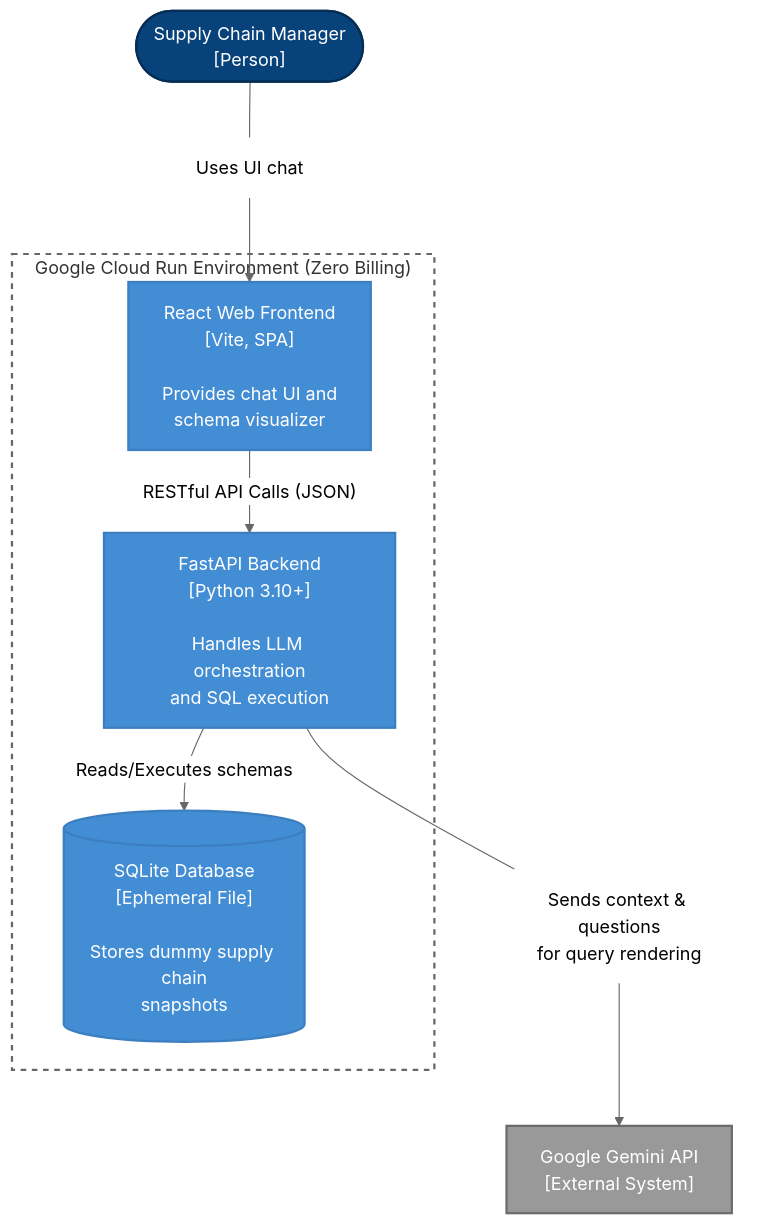
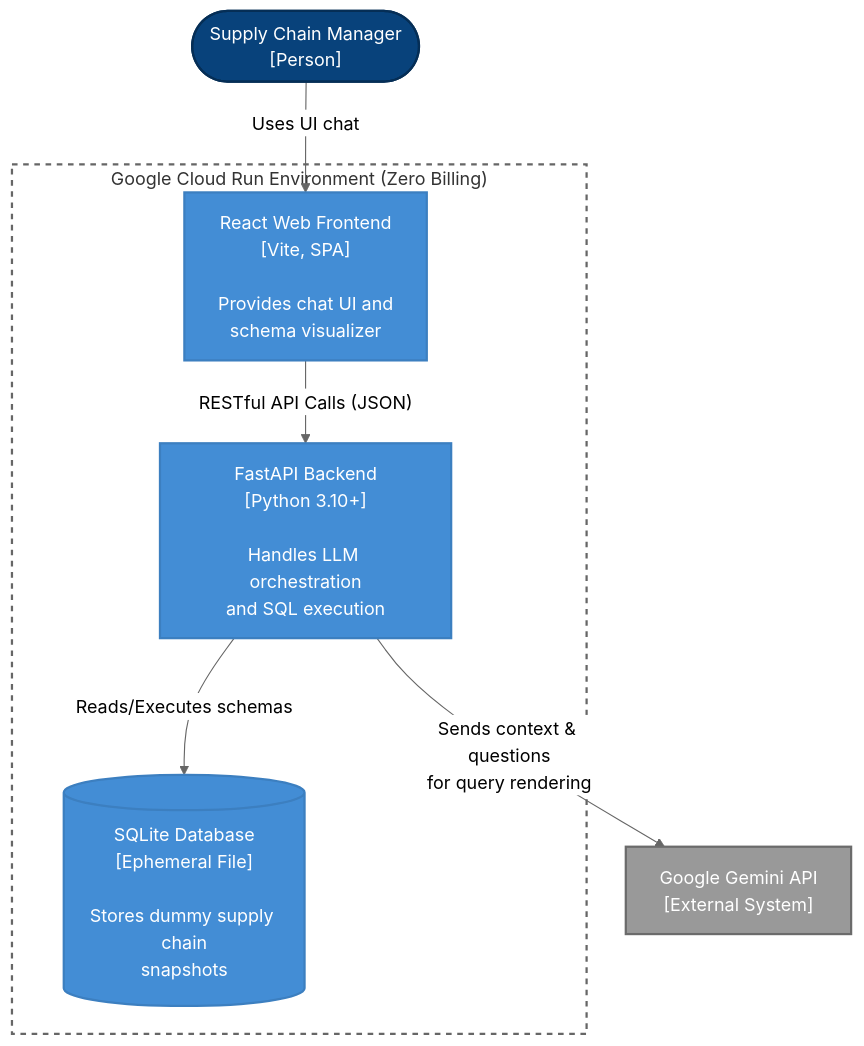
The second of 3 diagrams in docs/ARCHITECTURE.md (camirian/ad-supply-chain-platform), drawn with Mermaid (neutral theme) before and after one commit. The commit also changed other lines of this file, not shown here.

Commit message:
Fix Mermaid C4 diagram rendering

````diff
--- a/docs/ARCHITECTURE.md
+++ b/docs/ARCHITECTURE.md
@@ -28,26 +28,24 @@
 ```mermaid
 flowchart TD
     classDef person fill:#08427b,color:#fff,stroke:#052e56,stroke-width:2px
     classDef container fill:#438dd5,color:#fff,stroke:#3c7fc0,stroke-width:2px
     classDef ext_system fill:#999999,color:#fff,stroke:#6b6b6b,stroke-width:2px
     classDef db fill:#438dd5,color:#fff,stroke:#3c7fc0,stroke-width:2px
     classDef edgeLabel fill:none,stroke:none
 
     Manager(["Supply Chain Manager<br>[Person]"]):::person
     GeminiAPI["Google Gemini API<br>[External System]"]:::ext_system
 
     subgraph CloudRun ["Google Cloud Run Environment (Zero Billing)"]
         Frontend["React Web Frontend<br>[Vite, SPA]<br><br>Provides chat UI and<br>schema visualizer"]:::container
         Backend["FastAPI Backend<br>[Python 3.10+]<br><br>Handles LLM orchestration<br>and SQL execution"]:::container
         Database[("SQLite Database<br>[Ephemeral File]<br><br>Stores dummy supply chain<br>snapshots")]:::db
     end
 
-    Manager --- Rel1["Uses UI chat"]:::edgeLabel
-    Rel1 --> Frontend
+    Manager -->|"Uses UI chat"| Frontend
     Frontend -->|"RESTful API Calls (JSON)"| Backend
     Backend -->|"Reads/Executes schemas"| Database
-    Backend --- Rel2["Sends context & questions<br>for query rendering"]:::edgeLabel
-    Rel2 --> GeminiAPI
+    Backend -->|"Sends context & questions<br>for query rendering"| GeminiAPI
     
     style CloudRun fill:none,stroke:#666,stroke-width:2px,stroke-dasharray: 5 5
 ```
````
